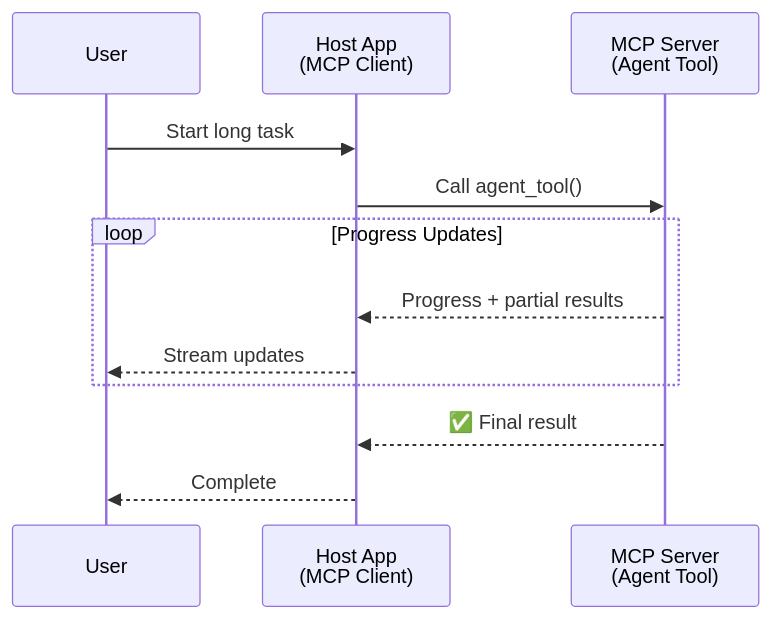
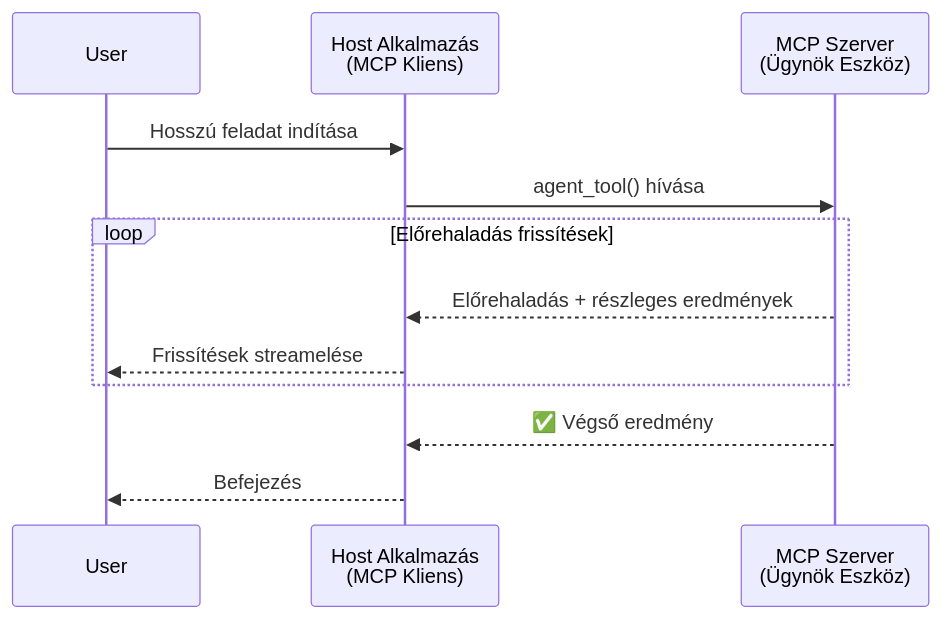
Before and after one commit to microsoft/ai-agents-for-beginners: the first of 5 diagrams in translations/hu/11-agentic-protocols/code_samples/mcp-agents/README.md, drawn with Mermaid. The commit also changed other lines of this file and 222 other files, not shown here.

````diff
--- a/translations/hu/11-agentic-protocols/code_samples/mcp-agents/README.md
+++ b/translations/hu/11-agentic-protocols/code_samples/mcp-agents/README.md
@@ -46,17 +46,17 @@
 ```mermaid
 sequenceDiagram
     participant User
-    participant Host as Host App<br/>(MCP Client)
-    participant Server as MCP Server<br/>(Agent Tool)
+    participant Host as Host Alkalmazás<br/>(MCP Kliens)
+    participant Server as MCP Szerver<br/>(Ügynök Eszköz)
 
-    User->>Host: Start long task
-    Host->>Server: Call agent_tool()
+    User->>Host: Hosszú feladat indítása
+    Host->>Server: agent_tool() hívása
 
-    loop Progress Updates
-        Server-->>Host: Progress + partial results
-        Host-->>User: Stream updates
+    loop Előrehaladás frissítések
+        Server-->>Host: Előrehaladás + részleges eredmények
+        Host-->>User: Frissítések streamelése
     end
 
-    Server-->>Host: ✅ Final result
-    Host-->>User: Complete
+    Server-->>Host: ✅ Végső eredmény
+    Host-->>User: Befejezés
 ```
````
